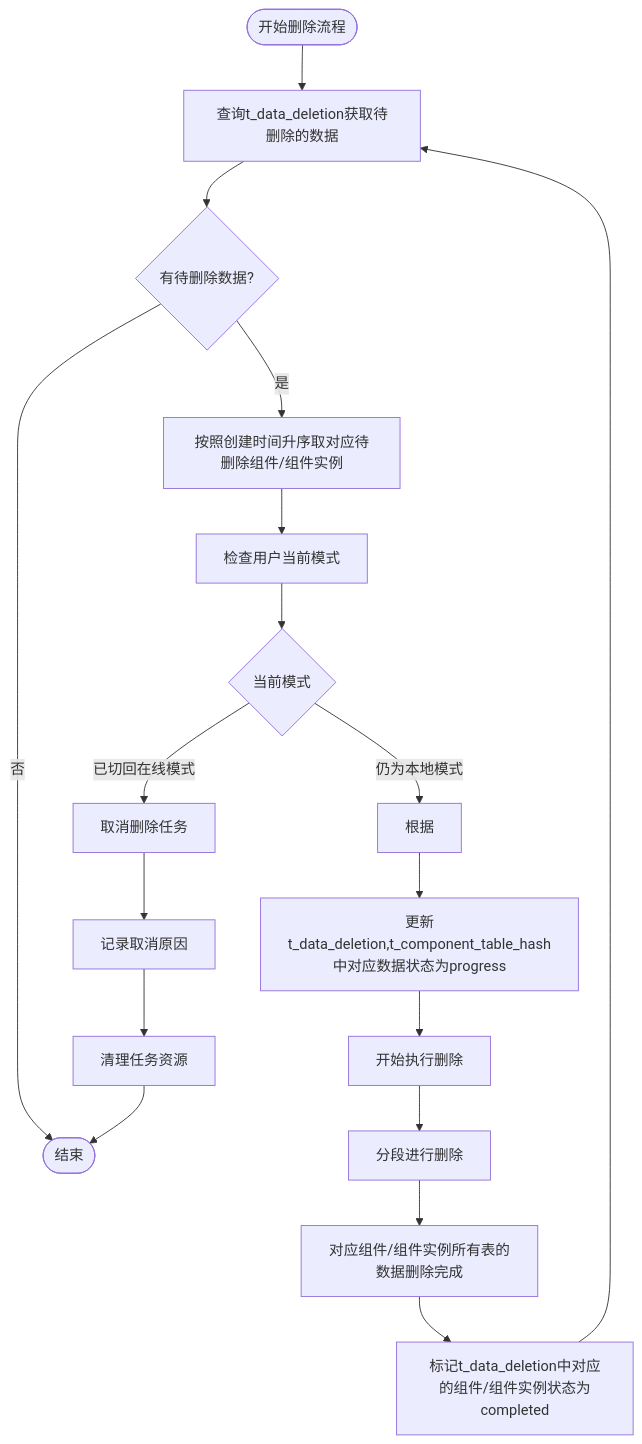
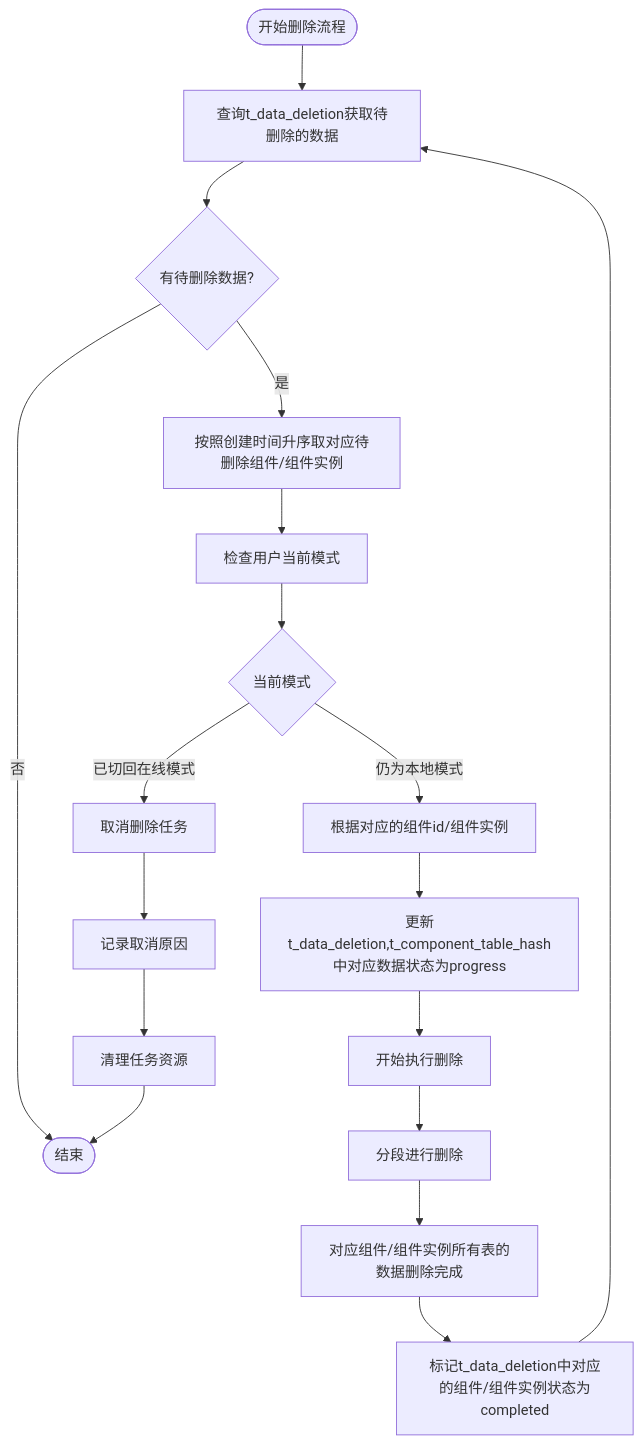
Before and after one commit to yingjianzh/iodraw-files: the diagram in all/未命名-51.md, drawn with Mermaid.

Commit message:
2025-05-08 15:44:32 update

````diff
--- a/all/未命名-51.md
+++ b/all/未命名-51.md
@@ -1,28 +1,28 @@
 ```mermaid
 flowchart TD
     Start([开始删除流程]) --> FetchTasks[查询t_data_deletion获取待删除的数据]
     FetchTasks --> HasTasks{有待删除数据?}
     
     HasTasks -->|否| End([结束])
     HasTasks -->|是| PrioritizeTasks[按照创建时间升序取对应待删除组件/组件实例]
     
     PrioritizeTasks --> CheckUserMode[检查用户当前模式]
     
     CheckUserMode --> CurrentMode{当前模式}
     CurrentMode -->|已切回在线模式| TaskCancel[取消删除任务]
-    CurrentMode -->|仍为本地模式| LockTask[根据]
+    CurrentMode -->|仍为本地模式| LockTask[根据对应的组件id/组件实例]
     
     LockTask --> UpdateStatus[更新t_data_deletion,t_component_table_hash中对应数据状态为progress]
     UpdateStatus --> BeginDeletion[开始执行删除]
     
     BeginDeletion --> A[分段进行删除]
     
     A --> B[对应组件/组件实例所有表的数据删除完成]
     B --> MarkCompleted[标记t_data_deletion中对应的组件/组件实例状态为completed]
     
     TaskCancel --> LogCancellation[记录取消原因]
     LogCancellation --> CleanupTask[清理任务资源]
     
     MarkCompleted --> FetchTasks
     CleanupTask --> End
 ```
````
